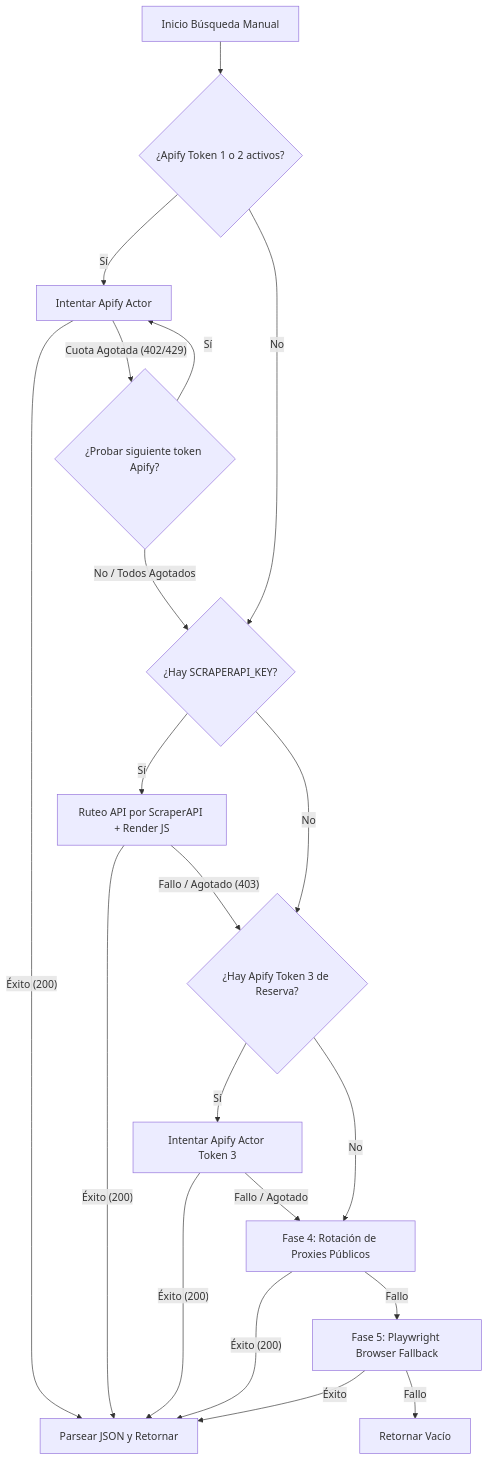
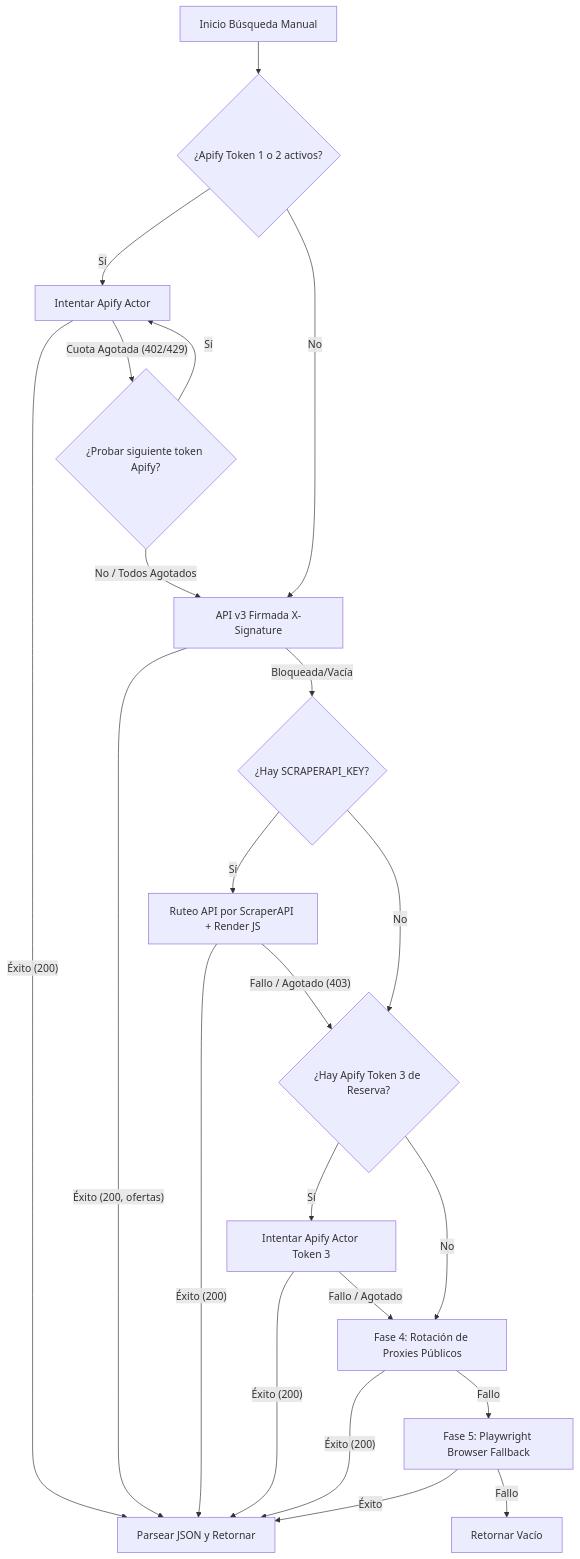
One commit to DavidLopezGarci4/oraculo-nueva-eternia changed the diagram in docs/GUIA_TECNICA_WALLAPOP_NEXUS.md. Above: the diagram before and after it, drawn with Mermaid. The commit also changed other lines of this file and 11 other files, not shown here.

````diff
--- a/docs/GUIA_TECNICA_WALLAPOP_NEXUS.md
+++ b/docs/GUIA_TECNICA_WALLAPOP_NEXUS.md
@@ -11,22 +11,24 @@
 ```mermaid
 graph TD
     A[Inicio Búsqueda Manual] --> B{¿Apify Token 1 o 2 activos?}
     B -- Sí --> C[Intentar Apify Actor]
     C -- Éxito (200) --> D[Parsear JSON y Retornar]
     C -- Cuota Agotada (402/429) --> E{¿Probar siguiente token Apify?}
     E -- Sí --> C
-    E -- No / Todos Agotados --> F{¿Hay SCRAPERAPI_KEY?}
-    B -- No --> F
+    E -- No / Todos Agotados --> AA[API v3 Firmada X-Signature]
+    AA -- Éxito (200, ofertas) --> D
+    AA -- Bloqueada/Vacía --> F{¿Hay SCRAPERAPI_KEY?}
+    B -- No --> AA
     F -- Sí --> G[Ruteo API por ScraperAPI + Render JS]
     G -- Éxito (200) --> D
     G -- Fallo / Agotado (403) --> H{¿Hay Apify Token 3 de Reserva?}
     F -- No --> H
     H -- Sí --> I[Intentar Apify Actor Token 3]
     I -- Éxito (200) --> D
     I -- Fallo / Agotado --> J[Fase 4: Rotación de Proxies Públicos]
     H -- No --> J
     J -- Éxito (200) --> D
     J -- Fallo --> K[Fase 5: Playwright Browser Fallback]
     K -- Éxito --> D
     K -- Fallo --> L[Retornar Vacío]
 ```
````
